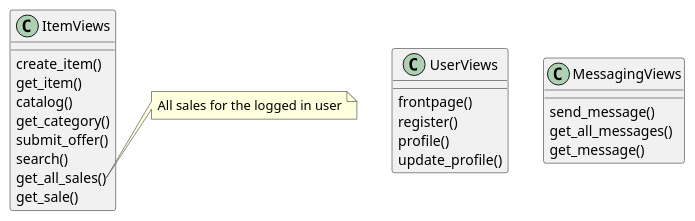
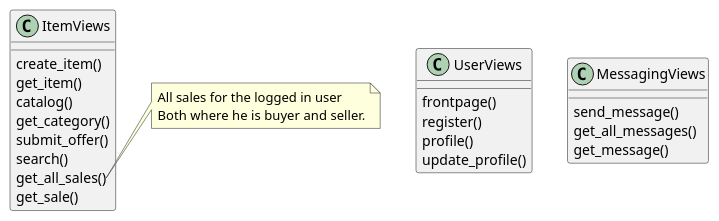
Before and after one commit to baldurjonsson/T-220-VLN2-design: the diagram in view-diagram.plantuml, drawn with PlantUML. The commit also changed 6 other files, not shown here.

Commit message:
More Diagrams!

```diff
--- a/view-diagram.plantuml
+++ b/view-diagram.plantuml
@@ -1,26 +1,27 @@
 @startuml
 class ItemViews {
     create_item()
     get_item()
     catalog()
     get_category()
     submit_offer()
     search()
     get_all_sales()
     get_sale()
 }
 note right of ItemViews::get_all_sales
 All sales for the logged in user
+Both where he is buyer and seller.
 end note
 class UserViews {
     frontpage()
     register()
     profile()
     update_profile()
 }
 class MessagingViews {
     send_message()
     get_all_messages()
     get_message()
 }
 @enduml
```
